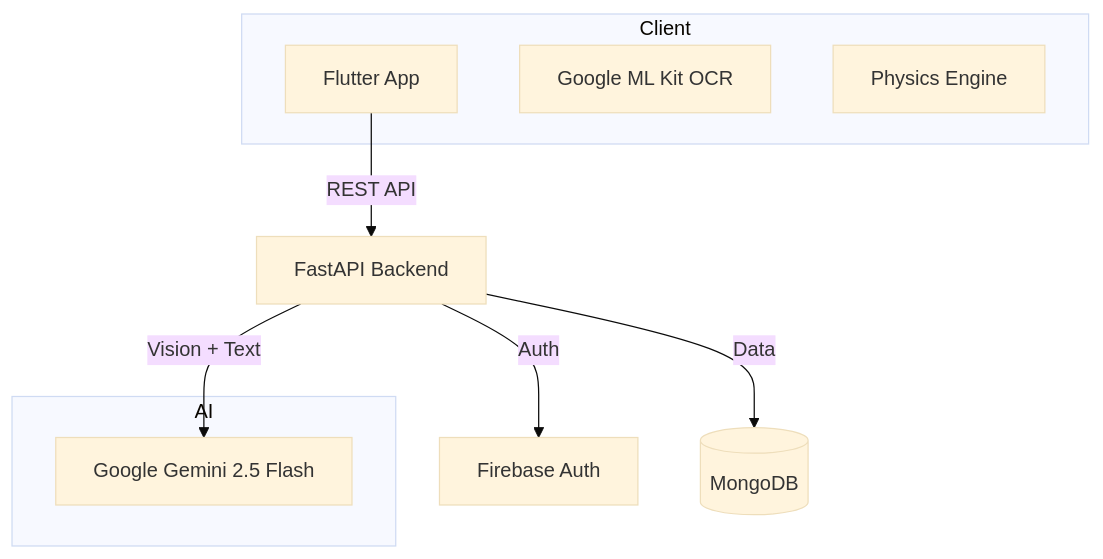
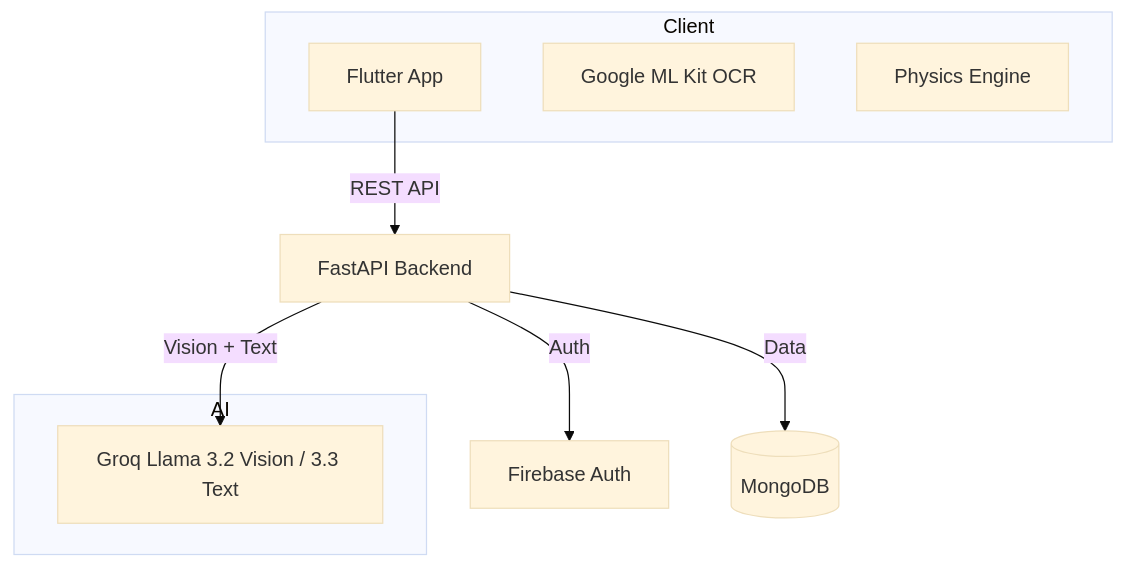
Before and after one commit to Dakshin10/Stemly: the diagram in README.md, drawn with Mermaid (base theme). The commit also changed other lines of this file and 13 other files, not shown here.

````diff
--- a/README.md
+++ b/README.md
@@ -98,17 +99,17 @@
 ```mermaid
 graph TD
     User[Flutter App] -->|REST API| API[FastAPI Backend]
     API -->|Auth| Firebase[Firebase Auth]
     API -->|Data| DB[(MongoDB)]
-    API -->|Vision + Text| Gemini[Google Gemini 2.5 Flash]
+    API -->|Vision + Text| Groq[Groq Llama 3.2 Vision / 3.3 Text]
 
     subgraph Client
         User
         OCR[Google ML Kit OCR]
         VIS[Physics Engine]
     end
 
     subgraph AI
-        Gemini
+        Groq
     end
 ```
````
